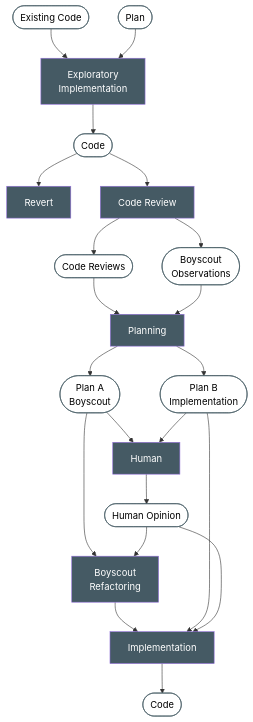
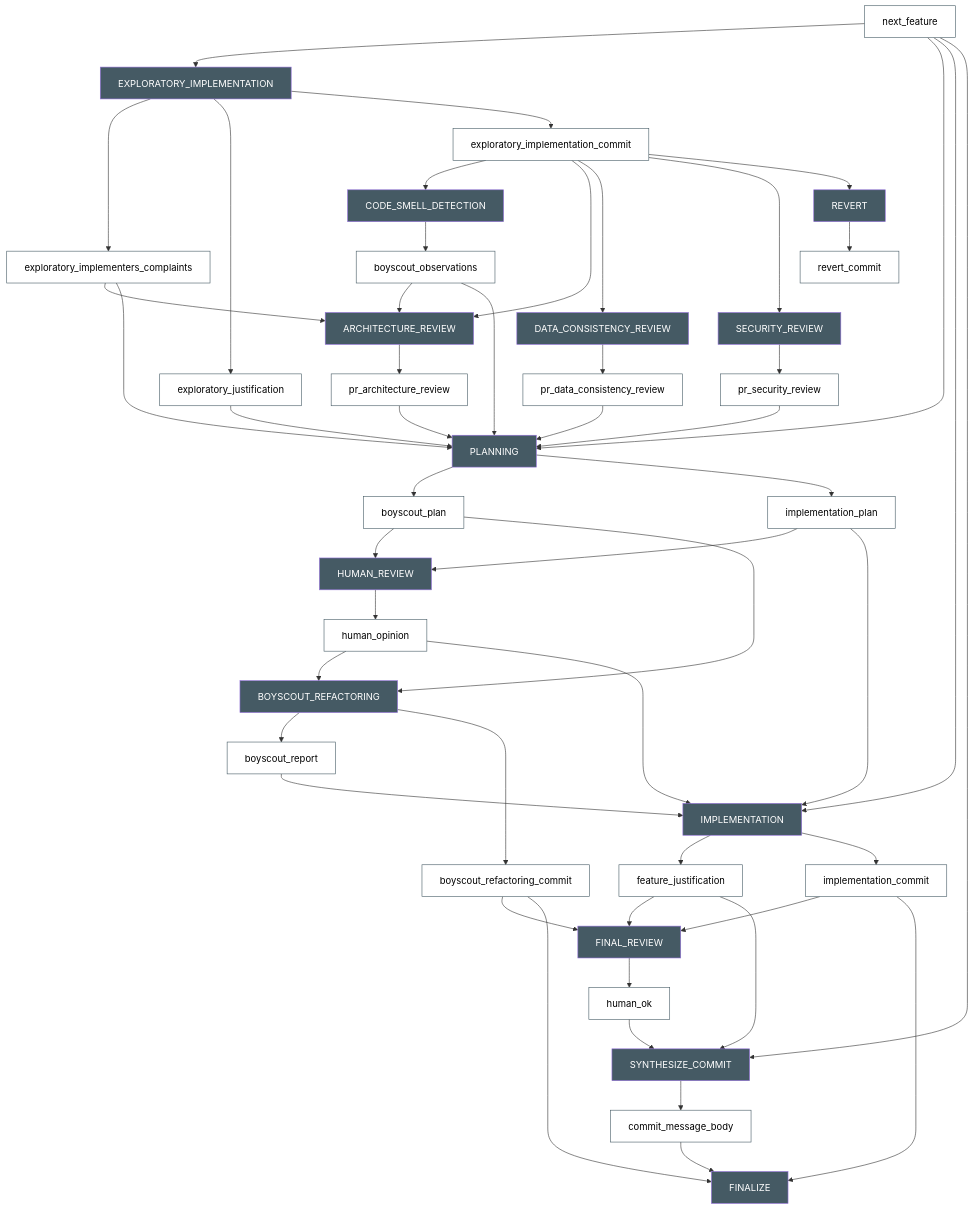
The diagram in tracker-build.mermaid (eighttrigrams/builder), drawn with Mermaid before and after one commit. The commit also changed 1 other file, not shown here.

Commit message:
Generate fresh mermaid

```diff
--- a/tracker-build.mermaid
+++ b/tracker-build.mermaid
@@ -1,55 +1,83 @@
 flowchart TB
-    existingCode([Existing Code])
-    plan([Plan])
-    
-    existingCode --> EXP[Exploratory<br/>Implementation]
-    plan --> EXP
-    
-    EXP --> code([Code])
-    
-    code --> REV[Revert]
-    code --> CR[Code Review]
-    
-    CR --> review([Code Reviews])
-    CR --> obs([Boyscout<br/>Observations])
-    
-    review --> PLAN[Planning]
-    obs --> PLAN
-    
-    PLAN --> planA([Plan A<br/>Boyscout])
-    PLAN --> planB([Plan B<br/>Implementation])
-    
-    planA --> HUMAN[Human]
-    planB --> HUMAN
-    
-    HUMAN --> opinion([Human Opinion])
-    
-    planA --> REFACTOR[Boyscout<br/>Refactoring]
-    opinion --> REFACTOR
-    
-    REFACTOR --> IMPL[Implementation]
-    
-    planB --> IMPL
-    opinion --> IMPL
-    
-    IMPL --> code2([Code])
+    next_feature --> EXPLORATORY_IMPLEMENTATION
+    EXPLORATORY_IMPLEMENTATION --> exploratory_implementers_complaints
+    EXPLORATORY_IMPLEMENTATION --> exploratory_justification
+    EXPLORATORY_IMPLEMENTATION --> exploratory_implementation_commit
+    exploratory_implementation_commit --> CODE_SMELL_DETECTION
+    CODE_SMELL_DETECTION --> boyscout_observations
+    exploratory_implementers_complaints --> ARCHITECTURE_REVIEW
+    boyscout_observations --> ARCHITECTURE_REVIEW
+    exploratory_implementation_commit --> ARCHITECTURE_REVIEW
+    ARCHITECTURE_REVIEW --> pr_architecture_review
+    exploratory_implementation_commit --> DATA_CONSISTENCY_REVIEW
+    DATA_CONSISTENCY_REVIEW --> pr_data_consistency_review
+    exploratory_implementation_commit --> SECURITY_REVIEW
+    SECURITY_REVIEW --> pr_security_review
+    exploratory_implementers_complaints --> PLANNING
+    next_feature --> PLANNING
+    exploratory_justification --> PLANNING
+    pr_architecture_review --> PLANNING
+    pr_security_review --> PLANNING
+    pr_data_consistency_review --> PLANNING
+    boyscout_observations --> PLANNING
+    PLANNING --> boyscout_plan
+    PLANNING --> implementation_plan
+    boyscout_plan --> HUMAN_REVIEW
+    implementation_plan --> HUMAN_REVIEW
+    HUMAN_REVIEW --> human_opinion
+    exploratory_implementation_commit --> REVERT
+    REVERT --> revert_commit
+    boyscout_plan --> BOYSCOUT_REFACTORING
+    human_opinion --> BOYSCOUT_REFACTORING
+    BOYSCOUT_REFACTORING --> boyscout_report
+    BOYSCOUT_REFACTORING --> boyscout_refactoring_commit
+    next_feature --> IMPLEMENTATION
+    boyscout_report --> IMPLEMENTATION
+    implementation_plan --> IMPLEMENTATION
+    human_opinion --> IMPLEMENTATION
+    IMPLEMENTATION --> feature_justification
+    IMPLEMENTATION --> implementation_commit
+    feature_justification --> FINAL_REVIEW
+    boyscout_refactoring_commit --> FINAL_REVIEW
+    implementation_commit --> FINAL_REVIEW
+    FINAL_REVIEW --> human_ok
+    next_feature --> SYNTHESIZE_COMMIT
+    feature_justification --> SYNTHESIZE_COMMIT
+    human_ok --> SYNTHESIZE_COMMIT
+    SYNTHESIZE_COMMIT --> commit_message_body
+    commit_message_body --> FINALIZE
+    boyscout_refactoring_commit --> FINALIZE
+    implementation_commit --> FINALIZE
 
-    %% Phases are rectangular, dark
-    style EXP fill:#455a64,color:#fff
-    style REV fill:#455a64,color:#fff
-    style CR fill:#455a64,color:#fff
-    style PLAN fill:#455a64,color:#fff
-    style HUMAN fill:#455a64,color:#fff
-    style REFACTOR fill:#455a64,color:#fff
-    style IMPL fill:#455a64,color:#fff
-    
-    %% Artifacts are rounded, light
-    style existingCode fill:#fff,stroke:#455a64,color:#000
-    style plan fill:#fff,stroke:#455a64,color:#000
-    style code fill:#fff,stroke:#455a64,color:#000
-    style review fill:#fff,stroke:#455a64,color:#000
-    style obs fill:#fff,stroke:#455a64,color:#000
-    style planA fill:#fff,stroke:#455a64,color:#000
-    style planB fill:#fff,stroke:#455a64,color:#000
-    style opinion fill:#fff,stroke:#455a64,color:#000
-    style code2 fill:#fff,stroke:#455a64,color:#000
+    style EXPLORATORY_IMPLEMENTATION fill:#455a64,color:#fff
+    style CODE_SMELL_DETECTION fill:#455a64,color:#fff
+    style ARCHITECTURE_REVIEW fill:#455a64,color:#fff
+    style DATA_CONSISTENCY_REVIEW fill:#455a64,color:#fff
+    style SECURITY_REVIEW fill:#455a64,color:#fff
+    style PLANNING fill:#455a64,color:#fff
+    style HUMAN_REVIEW fill:#455a64,color:#fff
+    style REVERT fill:#455a64,color:#fff
+    style BOYSCOUT_REFACTORING fill:#455a64,color:#fff
+    style IMPLEMENTATION fill:#455a64,color:#fff
+    style FINAL_REVIEW fill:#455a64,color:#fff
+    style SYNTHESIZE_COMMIT fill:#455a64,color:#fff
+    style FINALIZE fill:#455a64,color:#fff
+
+    style next_feature fill:#fff,stroke:#455a64,color:#000
+    style exploratory_implementers_complaints fill:#fff,stroke:#455a64,color:#000
+    style exploratory_justification fill:#fff,stroke:#455a64,color:#000
+    style boyscout_observations fill:#fff,stroke:#455a64,color:#000
+    style pr_architecture_review fill:#fff,stroke:#455a64,color:#000
+    style pr_data_consistency_review fill:#fff,stroke:#455a64,color:#000
+    style pr_security_review fill:#fff,stroke:#455a64,color:#000
+    style boyscout_plan fill:#fff,stroke:#455a64,color:#000
+    style implementation_plan fill:#fff,stroke:#455a64,color:#000
+    style human_opinion fill:#fff,stroke:#455a64,color:#000
+    style boyscout_report fill:#fff,stroke:#455a64,color:#000
+    style feature_justification fill:#fff,stroke:#455a64,color:#000
+    style commit_message_body fill:#fff,stroke:#455a64,color:#000
+    style exploratory_implementation_commit fill:#fff,stroke:#455a64,color:#000
+    style boyscout_refactoring_commit fill:#fff,stroke:#455a64,color:#000
+    style revert_commit fill:#fff,stroke:#455a64,color:#000
+    style implementation_commit fill:#fff,stroke:#455a64,color:#000
+    style human_ok fill:#fff,stroke:#455a64,color:#000
```
